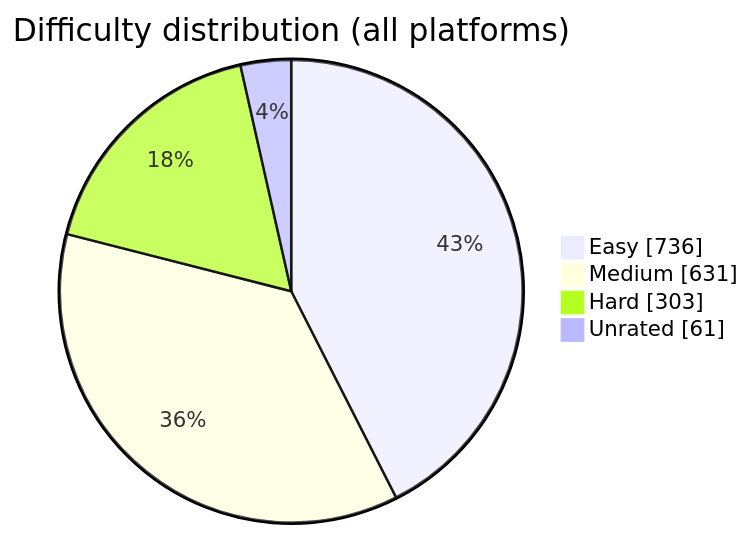
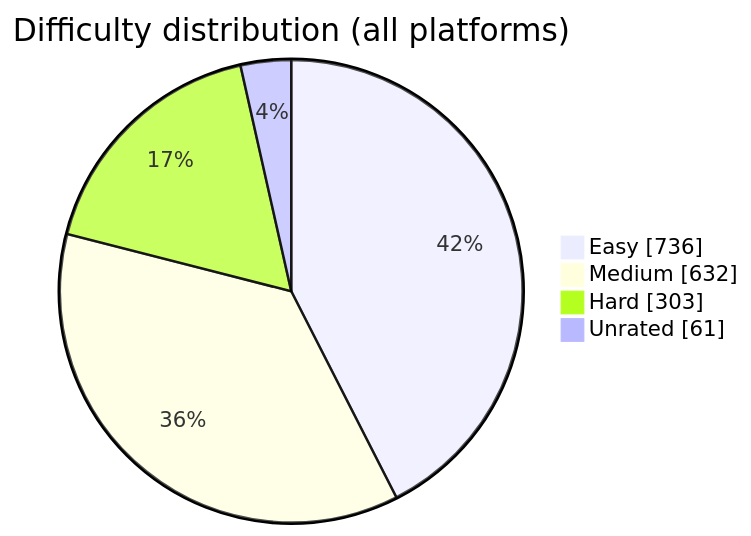
One commit to BuildbyArindam/Daily-Coding-Log changed the diagram in README.md. Above: the diagram before and after it, drawn with Mermaid. The commit also changed other lines of this file, not shown here.

````diff
--- a/README.md
+++ b/README.md
@@ -93,7 +93,7 @@
 ```mermaid
 pie showData title Difficulty distribution (all platforms)
     "Easy" : 736
-    "Medium" : 631
+    "Medium" : 632
     "Hard" : 303
     "Unrated" : 61
 ```
````
